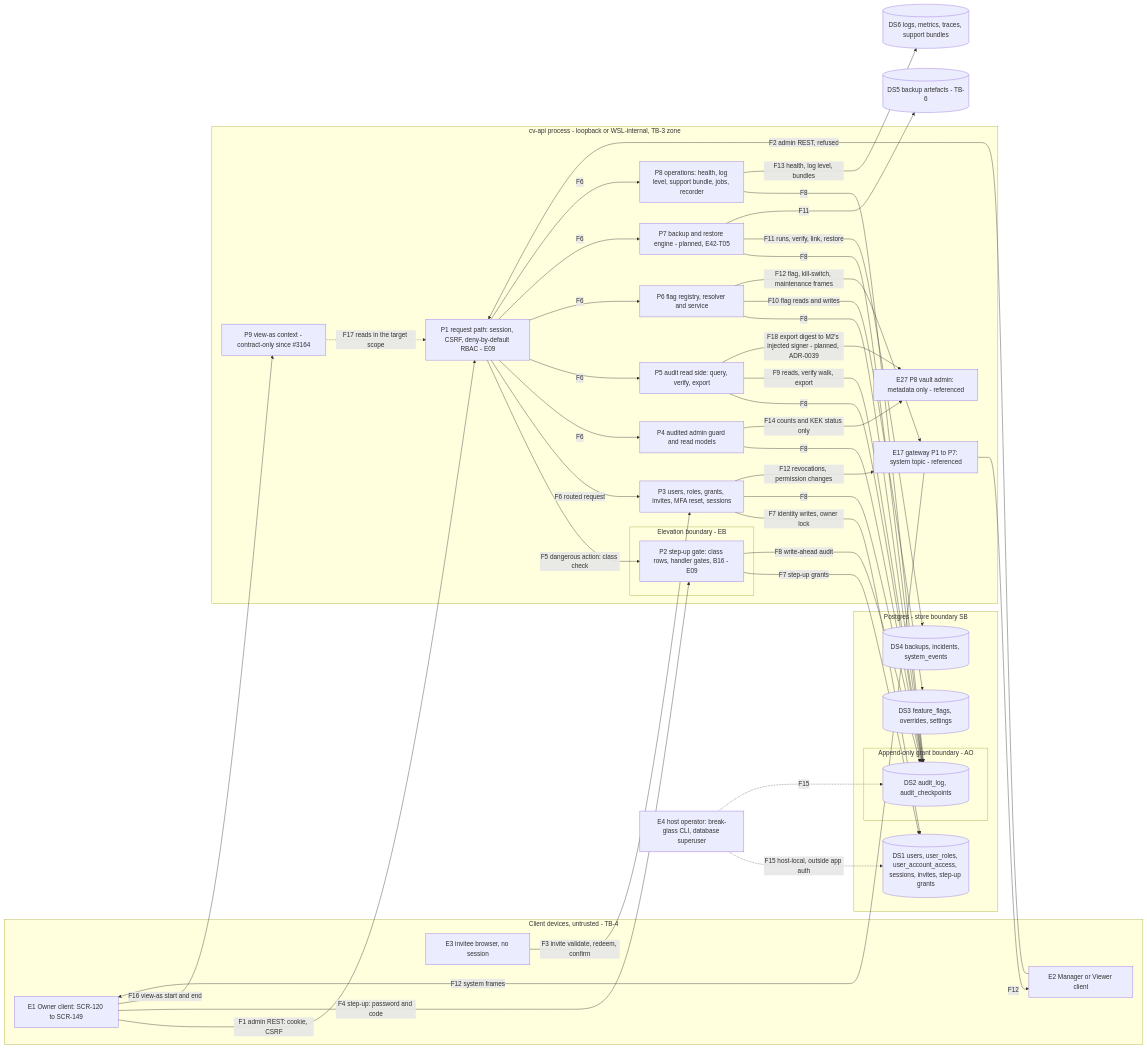
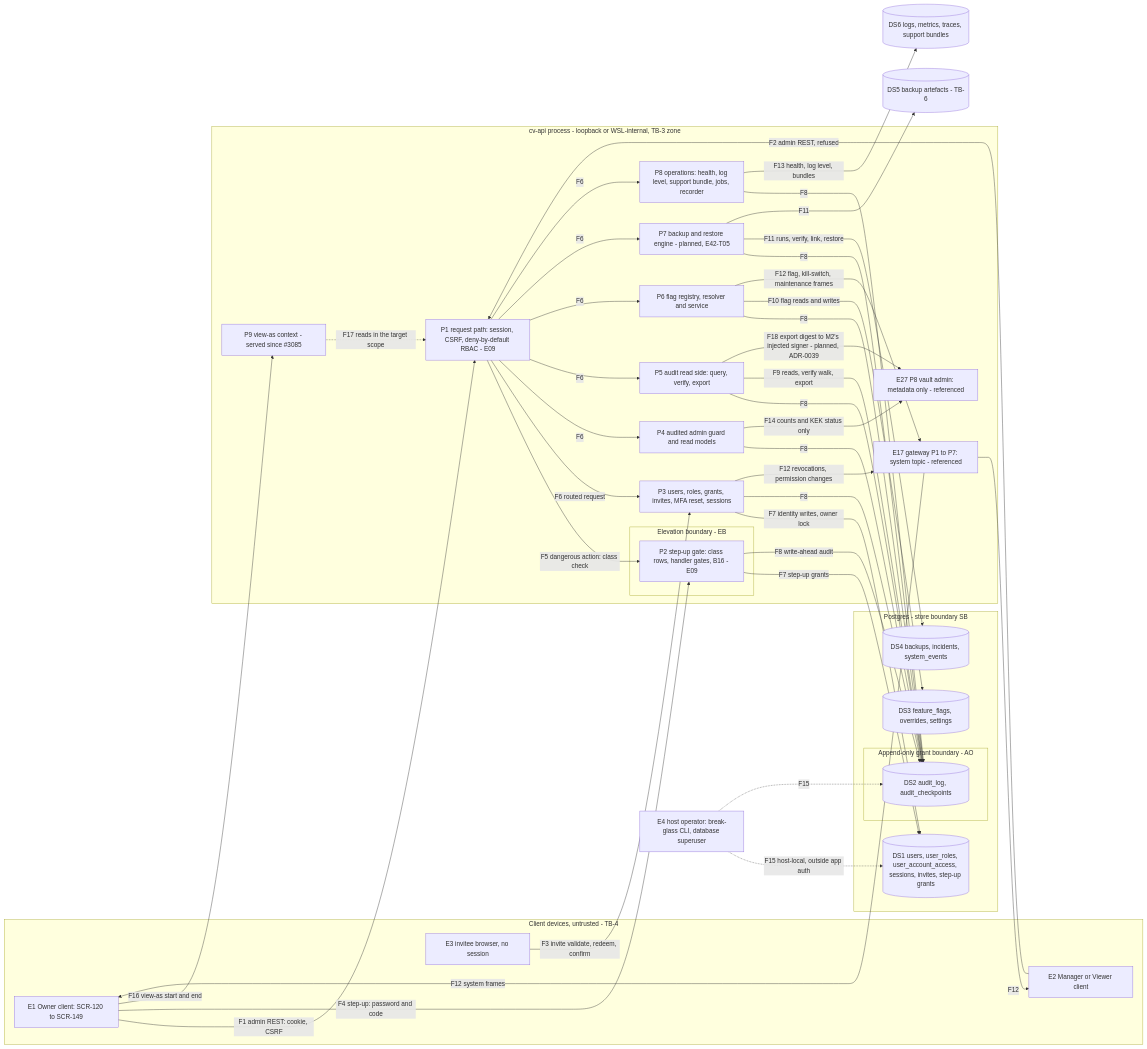
One commit to CandleViewer/CandleViewer changed the diagram in docs/security/threat-models/e42-admin.md. Above: the diagram before and after it, drawn with Mermaid. The commit also changed other lines of this file and 6 other files, not shown here.

````diff
--- a/docs/security/threat-models/e42-admin.md
+++ b/docs/security/threat-models/e42-admin.md
@@ -274,69 +284,69 @@
 ```mermaid
 flowchart LR
   subgraph TB4[Client devices, untrusted - TB-4]
     E1[E1 Owner client: SCR-120 to SCR-149]
     E2[E2 Manager or Viewer client]
     E3[E3 invitee browser, no session]
   end
   subgraph API[cv-api process - loopback or WSL-internal, TB-3 zone]
     P1[P1 request path: session, CSRF, deny-by-default RBAC - E09]
     subgraph EB[Elevation boundary - EB]
       P2[P2 step-up gate: class rows, handler gates, B16 - E09]
     end
     P3[P3 users, roles, grants, invites, MFA reset, sessions]
     P4[P4 audited admin guard and read models]
     P5[P5 audit read side: query, verify, export]
     P6[P6 flag registry, resolver and service]
     P7[P7 backup and restore engine - planned, E42-T05]
     P8[P8 operations: health, log level, support bundle, jobs, recorder]
-    P9[P9 view-as context - contract-only since #3164]
+    P9[P9 view-as context - served since #3085]
     WS[E17 gateway P1 to P7: system topic - referenced]
     KV[E27 P8 vault admin: metadata only - referenced]
   end
   subgraph SB[Postgres - store boundary SB]
     DS1[(DS1 users, user_roles, user_account_access, sessions, invites, step-up grants)]
     subgraph AO[Append-only grant boundary - AO]
       DS2[(DS2 audit_log, audit_checkpoints)]
     end
     DS3[(DS3 feature_flags, overrides, settings)]
     DS4[(DS4 backups, incidents, system_events)]
   end
   DS5[(DS5 backup artefacts - TB-6)]
   DS6[(DS6 logs, metrics, traces, support bundles)]
   E4[E4 host operator: break-glass CLI, database superuser]
   E1 -->|F1 admin REST: cookie, CSRF| P1
   E2 -->|F2 admin REST, refused| P1
   E3 -->|F3 invite validate, redeem, confirm| P3
   E1 -->|F4 step-up: password and code| P2
   P1 -->|F5 dangerous action: class check| P2
   P1 -->|F6 routed request| P3
   P1 -->|F6| P4
   P1 -->|F6| P5
   P1 -->|F6| P6
   P1 -->|F6| P7
   P1 -->|F6| P8
   P2 -->|F7 step-up grants| DS1
   P3 -->|F7 identity writes, owner lock| DS1
   P2 -->|F8 write-ahead audit| DS2
   P3 -->|F8| DS2
   P4 -->|F8| DS2
   P5 -->|F8| DS2
   P6 -->|F8| DS2
   P7 -->|F8| DS2
   P8 -->|F8| DS2
   P5 -->|F9 reads, verify walk, export| DS2
   P6 -->|F10 flag reads and writes| DS3
   P7 -->|F11 runs, verify, link, restore| DS4
   P7 -->|F11| DS5
   P6 -->|F12 flag, kill-switch, maintenance frames| WS
   P3 -->|F12 revocations, permission changes| WS
   WS -->|F12 system frames| E1
   WS -->|F12| E2
   P8 -->|F13 health, log level, bundles| DS6
   P4 -->|F14 counts and KEK status only| KV
   P5 -->|F18 export digest to M2's injected signer - planned, ADR-0039| KV
   E4 -.->|F15 host-local, outside app auth| DS1
   E4 -.->|F15| DS2
   E1 -->|F16 view-as start and end| P9
   P9 -.->|F17 reads in the target scope| P1
 ```
````
